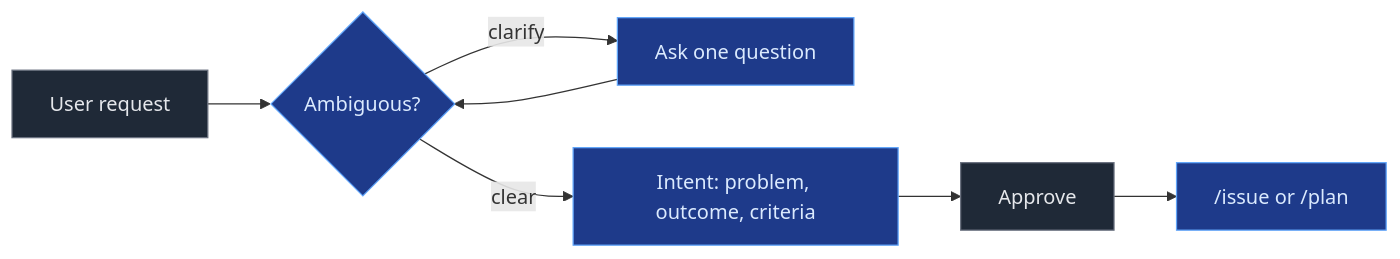
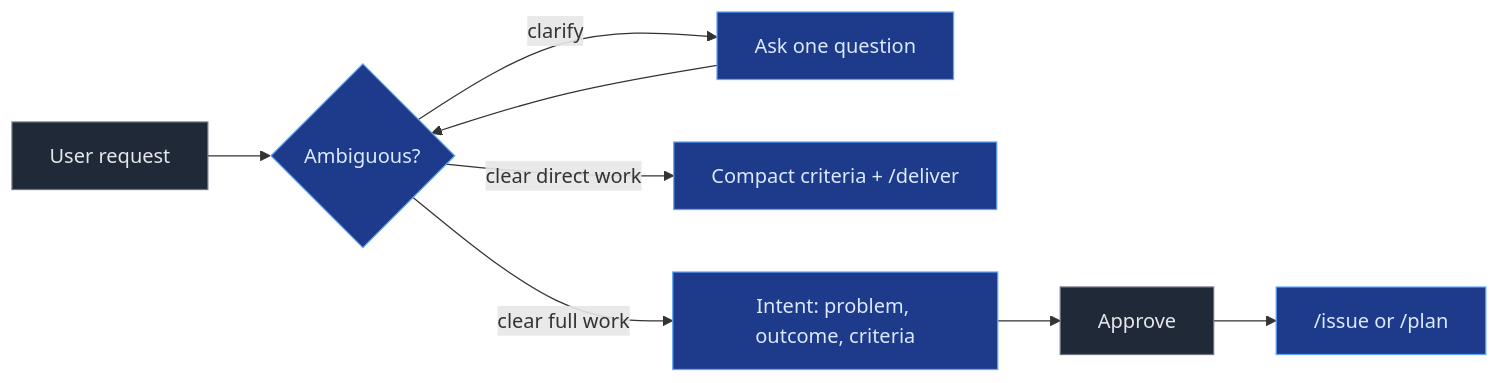
Before and after one commit to Macacoders/wayforge: the second of 8 diagrams in README.md, drawn with Mermaid. The commit also changed other lines of this file and 4 other files, not shown here.

````diff
--- a/README.md
+++ b/README.md
@@ -156,13 +156,14 @@
 ```mermaid
 flowchart LR
     A["User request"] --> B{"Ambiguous?"}
     B -- "clarify" --> C["Ask one question"]
     C --> B
-    B -- "clear" --> D["Intent: problem, outcome, criteria"]
-    D --> E["Approve"] --> F["/issue or /plan"]
+    B -- "clear direct work" --> D["Compact criteria + /deliver"]
+    B -- "clear full work" --> E["Intent: problem, outcome, criteria"]
+    E --> F["Approve"] --> G["/issue or /plan"]
 
     classDef user fill:#1f2937,stroke:#6b7280,color:#e5e7eb
     classDef planner fill:#1e3a8a,stroke:#60a5fa,color:#dbeafe
-    class A,E user
-    class B,C,D,F planner
+    class A,F user
+    class B,C,D,E,G planner
 ```
````
